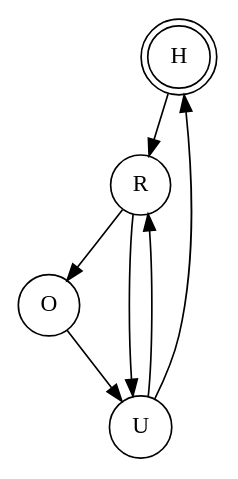
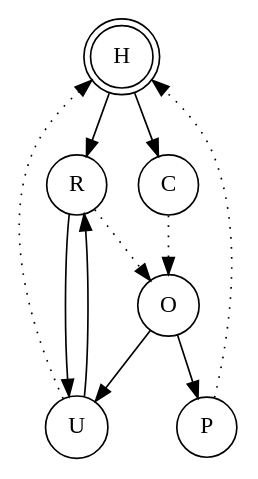
Before and after one commit to sunlixin-conac/opendnssec-workflow-test: the diagram in home/yuri/enforcer_model/doc/transition_rules/states.dot, drawn with Graphviz. The commit also changed 8 other files, not shown here.

```diff
--- a/home/yuri/enforcer_model/doc/transition_rules/states.dot
+++ b/home/yuri/enforcer_model/doc/transition_rules/states.dot
@@ -1,14 +1,22 @@
 digraph {
-    node [shape = doublecircle]; H;
+    node [shape = doublecircle];
+    H [pos = "+0.0, -1.5!"]; 
+
     node [shape = circle];
+    O [pos = "+0.0, +1.5!"]; 
+    R [pos = "+1.0, +0.0!"]; 
+    U [pos = "-1.0, +0.0!"]; 
+    
+    C [pos = "+2.0, +0.0!"]; 
+    P [pos = "-2.0, +0.0!"]; 
 
-    H->R;
-    R->O;
-    O->U;
-    U->H;
-
- //   O->F->U
-
-    R->U// [ style = "dotted" ];
-    U->R// [ style = "dotted" ];
+    H->{R C};
+    R->O [style = "dotted"];
+    R->U;
+    O->{U P};
+    U->H [style = "dotted"];
+    U->R;
+   
+    C->O [style = "dotted"];
+    P->H [style = "dotted"];
 }
```
